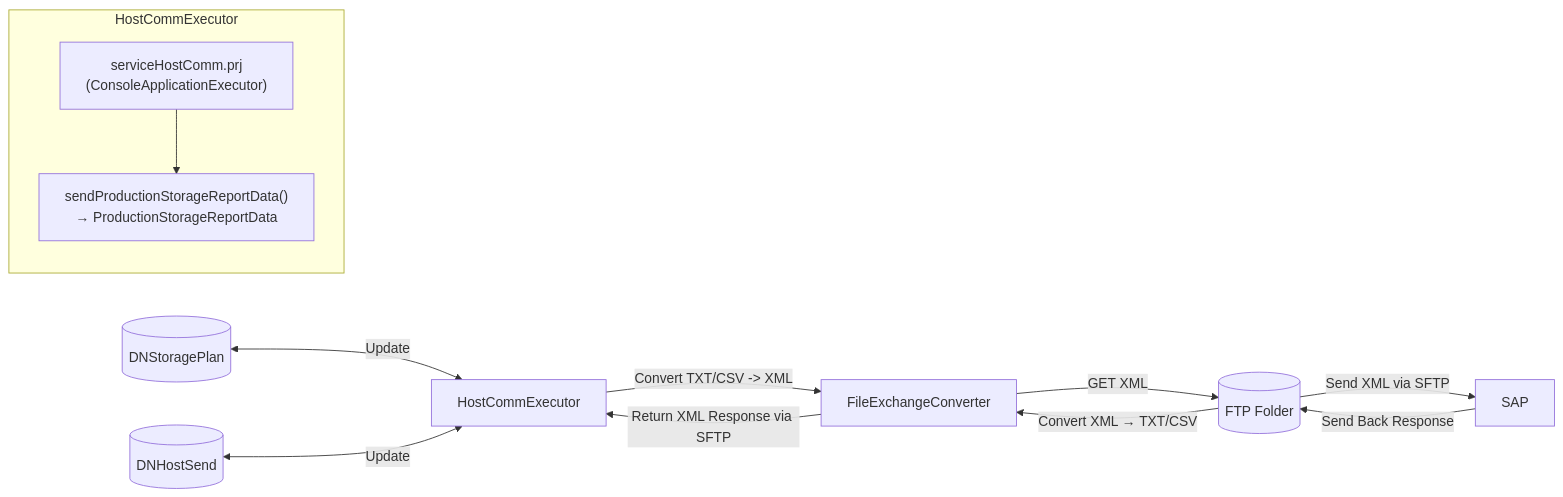
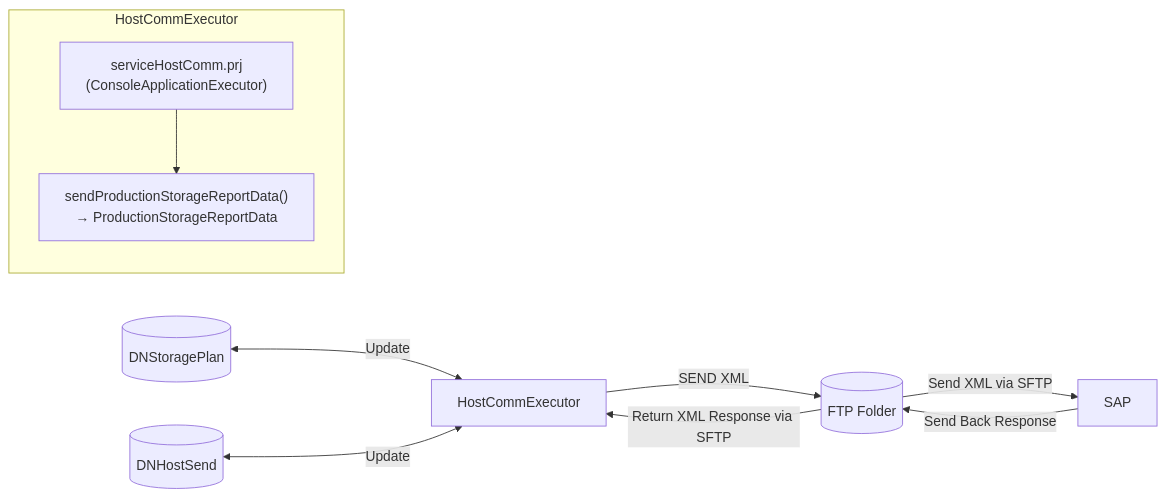
One commit to luthfiadityaa/SimeDarby-Wiki changed the diagram in Basic-Design/Host-Interfaces/Send-Method/Production-Storage-Result.md. Above: the diagram before and after it, drawn with Mermaid.

Commit message:
Updated Production Storage Result

```diff
--- a/Basic-Design/Host-Interfaces/Send-Method/Production-Storage-Result.md
+++ b/Basic-Design/Host-Interfaces/Send-Method/Production-Storage-Result.md
@@ -11,17 +11,15 @@
 ::: mermaid
 flowchart LR
-    A[HostCommExecutor] -->|Convert TXT/CSV -> XML| B[FileExchangeConverter]
-    B -->|GET XML| C[(FTP Folder)]
+    A[HostCommExecutor] --> |SEND XML| C[(FTP Folder)]
     C -->|Send XML via SFTP| D[SAP]
     D -->|Send Back Response| C
-    C -->|Convert XML → TXT/CSV| B
-    B -->|Return XML Response via SFTP| A
+    C -->|Return XML Response via SFTP| A
     E[(DNStoragePlan)] <--> |Update| A
     F[(DNHostSend)] <--> |Update| A
 
      subgraph HostCommExecutor
         C1["serviceHostComm.prj<br>(ConsoleApplicationExecutor)"]
         C2["sendProductionStorageReportData()<br>→ ProductionStorageReportData"]
         C1 --> C2
     end
 :::
```
